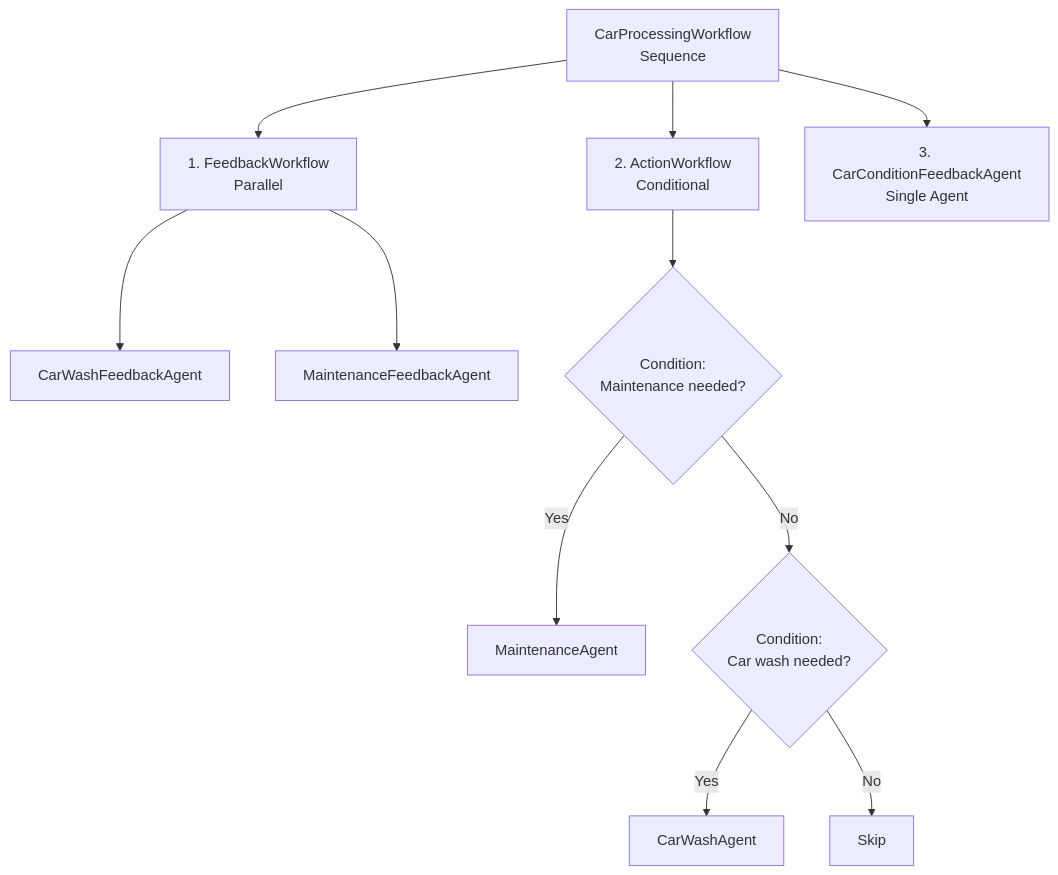
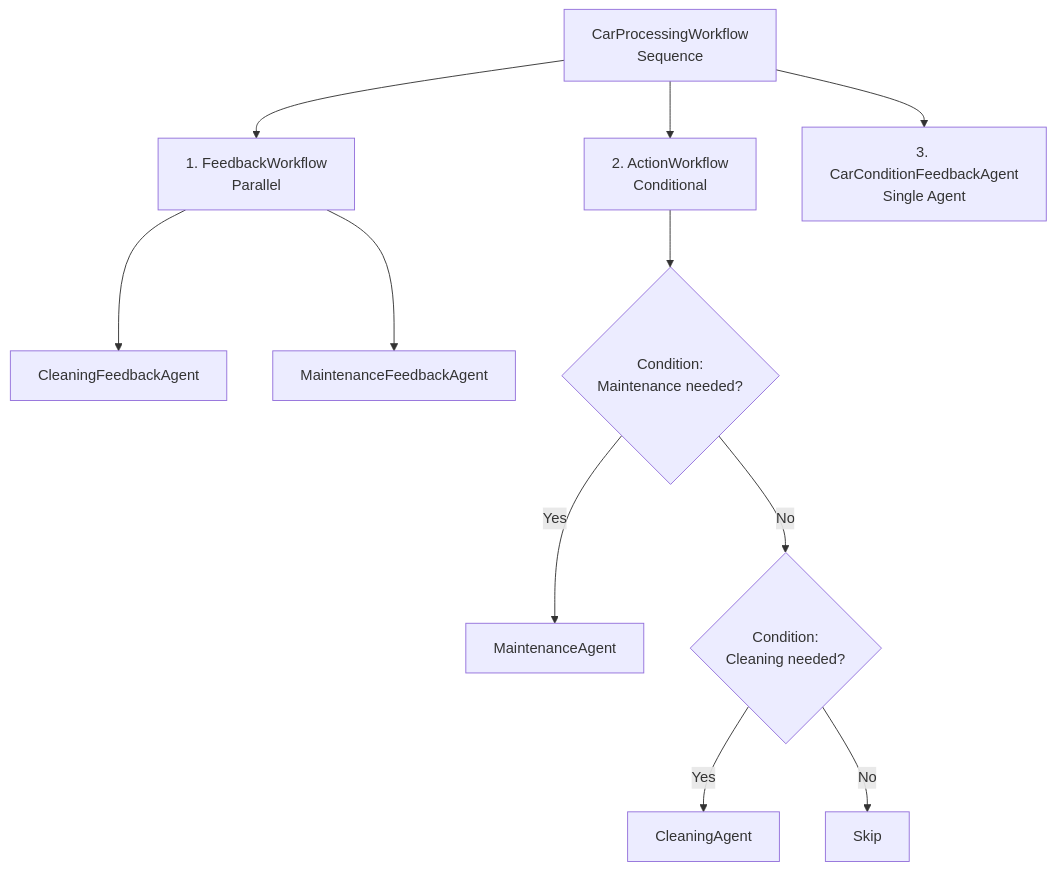
Before and after one commit to IBM/ibm-quarkus-ai-langchain4j-workshop: the first of 3 diagrams in docs/docs/section-2/step-03.md, drawn with Mermaid. The commit also changed other lines of this file and 83 other files, not shown here.

````diff
--- a/docs/docs/section-2/step-03.md
+++ b/docs/docs/section-2/step-03.md
@@ -33,15 +33,15 @@
 ```mermaid
 graph TD
     A[CarProcessingWorkflow<br/>Sequence] --> B[1. FeedbackWorkflow<br/>Parallel]
     A --> C[2. ActionWorkflow<br/>Conditional]
     A --> D[3. CarConditionFeedbackAgent<br/>Single Agent]
 
-    B --> B1[CarWashFeedbackAgent]
+    B --> B1[CleaningFeedbackAgent]
     B --> B2[MaintenanceFeedbackAgent]
 
     C --> C1{Condition:<br/>Maintenance needed?}
     C1 -->|Yes| C2[MaintenanceAgent]
-    C1 -->|No| C3{Condition:<br/>Car wash needed?}
-    C3 -->|Yes| C4[CarWashAgent]
+    C1 -->|No| C3{Condition:<br/>Cleaning needed?}
+    C3 -->|Yes| C4[CleaningAgent]
     C3 -->|No| C5[Skip]
 ```
````
